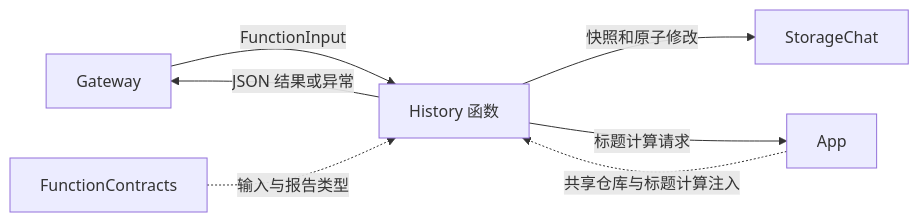
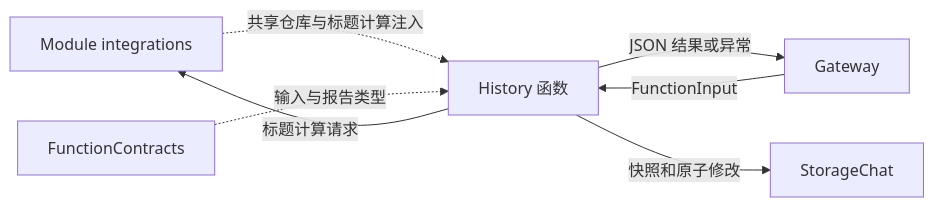
Before and after one commit to devilyouwei/MobileHarness: the first of 2 diagrams in MobileHarness/Actions/History/README.md, drawn with Mermaid. The commit also changed 254 other files, not shown here.

First line of the commit message:
refactor: isolate app composition and module bindings

````diff
--- a/MobileHarness/Actions/History/README.md
+++ b/MobileHarness/Actions/History/README.md
@@ -9,9 +9,10 @@
 ```mermaid
 flowchart LR
+ Bindings[Module integrations]
     Gateway -->|FunctionInput| H[History 函数]
     H -->|JSON 结果或异常| Gateway
-    App -.->|共享仓库与标题计算注入| H
+    Bindings -.->|共享仓库与标题计算注入| H
     H -->|快照和原子修改| StorageChat
-    H -->|标题计算请求| App
+    H -->|标题计算请求| Bindings
     Contracts[FunctionContracts] -.->|输入与报告类型| H
 ```
````
